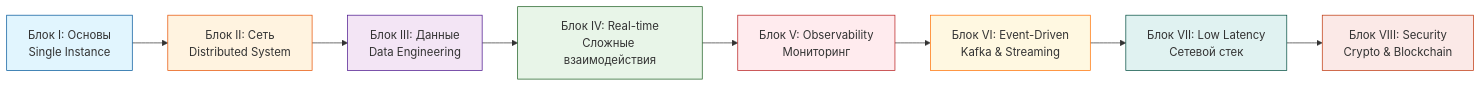
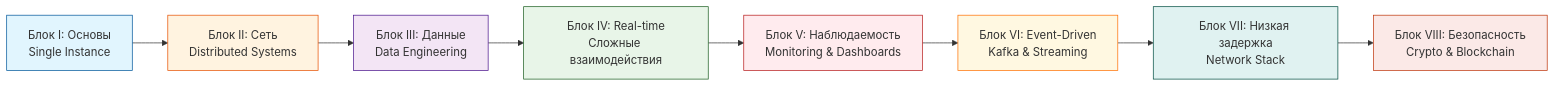
The diagram in README.ru.md (andreyDanilenko/highload-architecture-lab), drawn with Mermaid before and after one commit. The commit also changed other lines of this file, not shown here.

````diff
--- a/README.ru.md
+++ b/README.ru.md
@@ -29,19 +33,19 @@
 ```mermaid
 graph LR
-    A[Блок I: Основы<br/>Single Instance] --> B[Блок II: Сеть<br/>Distributed System]
+    A[Блок I: Основы<br/>Single Instance] --> B[Блок II: Сеть<br/>Distributed Systems]
     B --> C[Блок III: Данные<br/>Data Engineering]
     C --> D[Блок IV: Real-time<br/>Сложные взаимодействия]
-    D --> E[Блок V: Observability<br/>Мониторинг]
+    D --> E[Блок V: Наблюдаемость<br/>Monitoring & Dashboards]
     E --> F[Блок VI: Event-Driven<br/>Kafka & Streaming]
-    F --> G[Блок VII: Low Latency<br/>Сетевой стек]
-    G --> H[Блок VIII: Security<br/>Crypto & Blockchain]
+    F --> G[Блок VII: Низкая задержка<br/>Network Stack]
+    G --> H[Блок VIII: Безопасность<br/>Crypto & Blockchain]
     
     style A fill:#e1f5fe,stroke:#01579b
     style B fill:#fff3e0,stroke:#e65100
     style C fill:#f3e5f5,stroke:#4a148c
     style D fill:#e8f5e8,stroke:#1b5e20
     style E fill:#ffebee,stroke:#b71c1c
     style F fill:#fff8e1,stroke:#ff6f00
     style G fill:#e0f2f1,stroke:#004d40
     style H fill:#fbe9e7,stroke:#bf360c
 ```
````
